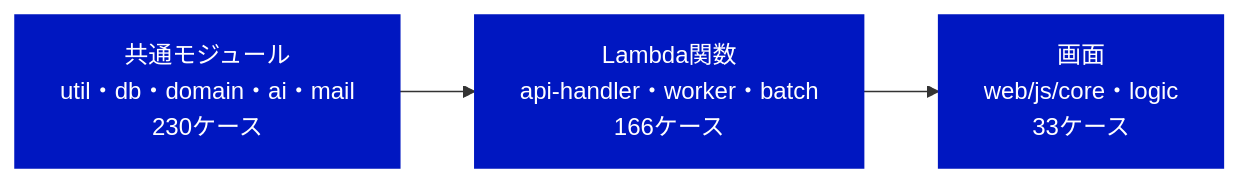
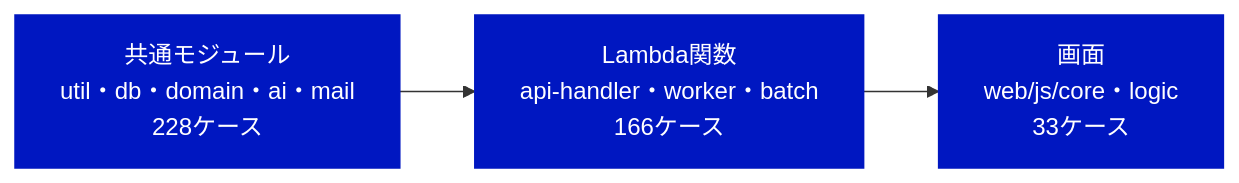
Before and after one commit to pocarialice/rpglearning: the first of 3 diagrams in documents/モジュールテスト結果報告書_RPG学習アプリ.md, drawn with Mermaid. The commit also changed other lines of this file and 1 other file, not shown here.

````diff
--- a/documents/モジュールテスト結果報告書_RPG学習アプリ.md
+++ b/documents/モジュールテスト結果報告書_RPG学習アプリ.md
@@ -23,7 +23,7 @@
 ```mermaid
 flowchart LR
-  A["共通モジュール<br>util・db・domain・ai・mail<br>230ケース"]:::done --> B["Lambda関数<br>api-handler・worker・batch<br>166ケース"]:::done
+  A["共通モジュール<br>util・db・domain・ai・mail<br>228ケース"]:::done --> B["Lambda関数<br>api-handler・worker・batch<br>166ケース"]:::done
   B --> C["画面<br>web/js/core・logic<br>33ケース"]:::done
   classDef done fill:#0017C1,color:#fff,stroke:#0017C1
   classDef todo fill:#fff,color:#414141,stroke:#B4B4B4,stroke-dasharray:4 3
 ```
````
